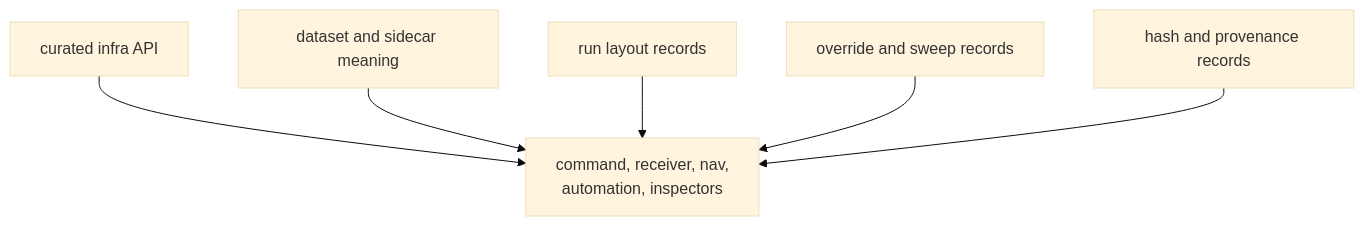
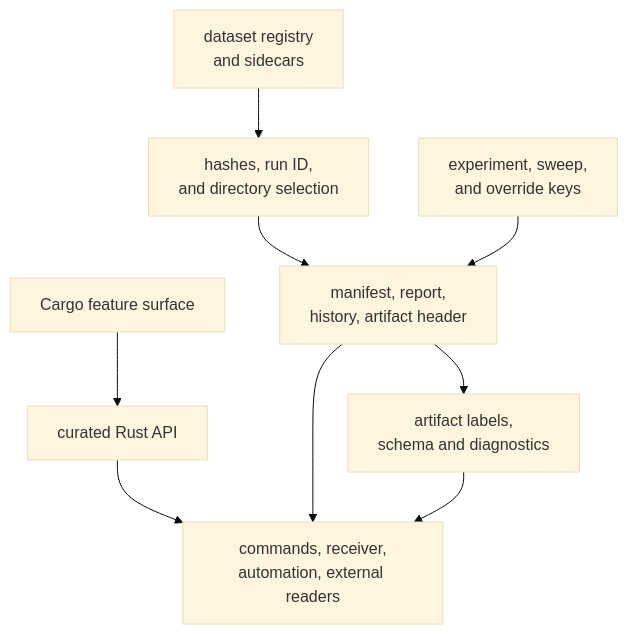
One commit to bijux/bijux-telecom changed the first of 3 diagrams in docs/03-bijux-gnss-infra/interfaces/compatibility-commitments.md. Above: the diagram before and after it, drawn with Mermaid (base theme). The commit also changed other lines of this file and 1 other file, not shown here.

Commit message:
docs(infra): define repository state compatibility

````diff
--- a/docs/03-bijux-gnss-infra/interfaces/compatibility-commitments.md
+++ b/docs/03-bijux-gnss-infra/interfaces/compatibility-commitments.md
@@ -18,15 +20,17 @@
 ```mermaid
 flowchart TD
-    public_api["curated infra API"]
-    datasets["dataset and sidecar meaning"]
-    layout["run layout records"]
-    variation["override and sweep records"]
-    provenance["hash and provenance records"]
-    callers["command, receiver, nav,<br/>automation, inspectors"]
+    api["curated Rust API"]
+    features["Cargo feature surface"]
+    registry["dataset registry<br/>and sidecars"]
+    identity["hashes, run ID,<br/>and directory selection"]
+    records["manifest, report,<br/>history, artifact header"]
+    inspection["artifact labels,<br/>schema and diagnostics"]
+    variation["experiment, sweep,<br/>and override keys"]
+    consumers["commands, receiver,<br/>automation, external readers"]
 
-    public_api --> callers
-    datasets --> callers
-    layout --> callers
-    variation --> callers
-    provenance --> callers
+    api --> consumers
+    features --> api
+    registry --> identity --> records --> consumers
+    records --> inspection --> consumers
+    variation --> records
 ```
````
